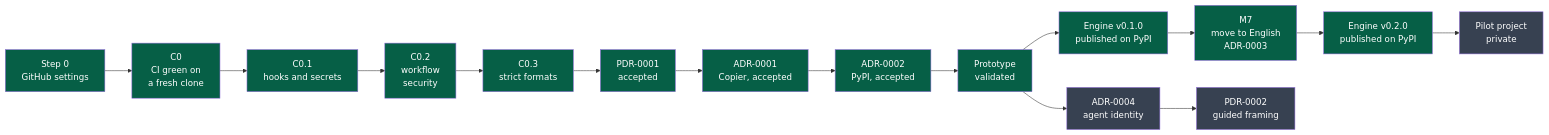
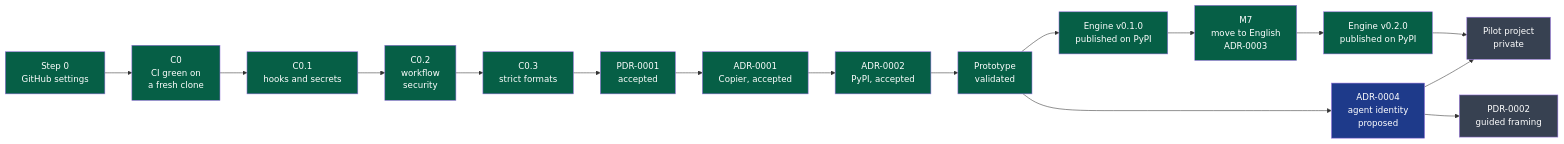
One commit to NapkinStack/engineering-os changed the first of 2 diagrams in docs/governance/workstreams.md. Above: the diagram before and after it, drawn with Mermaid. The commit also changed other lines of this file and 2 other files, not shown here.

First line of the commit message:
ADR-0004 — Give agents their own GitHub identity, behind a human approval (#30)

````diff
--- a/docs/governance/workstreams.md
+++ b/docs/governance/workstreams.md
@@ -10,23 +10,24 @@
 ```mermaid
 flowchart LR
     S0["Step 0<br/>GitHub settings"]:::done --> C0["C0<br/>CI green on<br/>a fresh clone"]:::done
     C0 --> C01["C0.1<br/>hooks and secrets"]:::done
     C01 --> C02["C0.2<br/>workflow<br/>security"]:::done
     C02 --> C03["C0.3<br/>strict formats"]:::done
     C03 --> PDR["PDR-0001<br/>accepted"]:::done
     PDR --> A1["ADR-0001<br/>Copier, accepted"]:::done
     A1 --> A2["ADR-0002<br/>PyPI, accepted"]:::done
     A2 --> PT["Prototype<br/>validated"]:::done
     PT --> RP["Engine v0.1.0<br/>published on PyPI"]:::done
     RP --> M7["M7<br/>move to English<br/>ADR-0003"]:::done
     M7 --> V2["Engine v0.2.0<br/>published on PyPI"]:::done
     V2 --> PP["Pilot project<br/>private"]:::todo
-    PT --> A4["ADR-0004<br/>agent identity"]:::todo
+    PT --> A4["ADR-0004<br/>agent identity<br/>proposed"]:::wip
+    A4 --> PP
     A4 --> P2["PDR-0002<br/>guided framing"]:::todo
 
     classDef done fill:#065f46,color:#fff
     classDef wip fill:#1e3a8a,color:#fff
     classDef partial fill:#92400e,color:#fff
     classDef todo fill:#374151,color:#fff
     classDef blocked fill:#7c2d12,color:#fff
 ```
````
